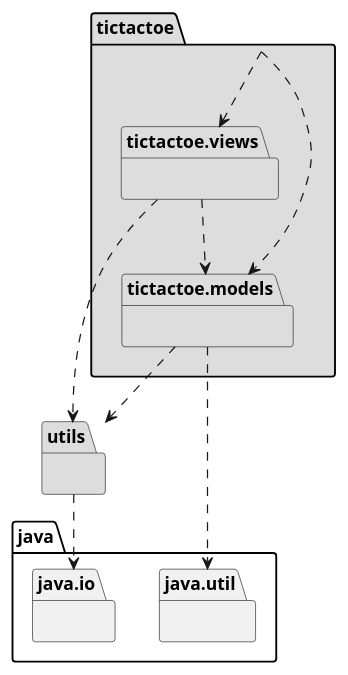
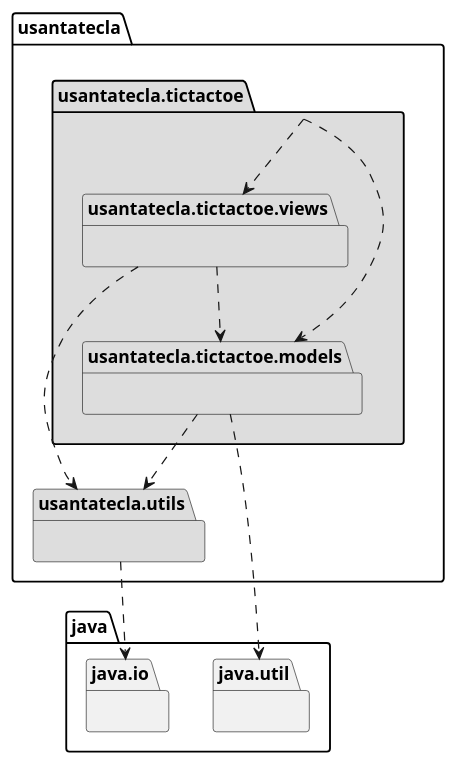
One commit to Jolucaa/USantaTecla-project-ticTacToe changed the diagram in documentView/console/docs/diagrams/src/arquitectura.plantuml. Above: the diagram before and after it, drawn with PlantUML. The commit also changed 1 other file, not shown here.

Commit message:
Fix diagrams arquitecture package

```diff
--- a/documentView/console/docs/diagrams/src/arquitectura.plantuml
+++ b/documentView/console/docs/diagrams/src/arquitectura.plantuml
@@ -1,16 +1,17 @@
 @startuml arquitectura
-package tictactoe #DDDDDD { }
-package tictactoe.models #DDDDDD { }
-package tictactoe.views #DDDDDD { } 
+package usantatecla.tictactoe #DDDDDD { }
+package usantatecla.tictactoe.models #DDDDDD { }
+package usantatecla.tictactoe.views #DDDDDD { } 
+package usantatecla.utils #DDDDDD { } 
 package java.util{ }
-tictactoe .down.> tictactoe.models
-tictactoe .down.> tictactoe.views
-tictactoe.models .down.> java.util
-tictactoe.models .down.> utils
-tictactoe.views .down.> utils
-tictactoe.views .down.> tictactoe.models
+usantatecla.tictactoe .down.> usantatecla.tictactoe.models
+usantatecla.tictactoe .down.> usantatecla.tictactoe.views
+usantatecla.tictactoe.models .down.> java.util
+usantatecla.tictactoe.models .down.> usantatecla.utils
+usantatecla.tictactoe.views .down.> usantatecla.utils
+usantatecla.tictactoe.views .down.> usantatecla.tictactoe.models
+  
 
-package utils #DDDDDD { } 
 package java.io{ }
-utils .down.> java.io
+usantatecla.utils .down.> java.io
 @enduml
```
